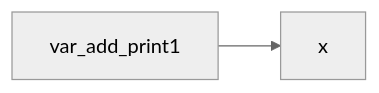
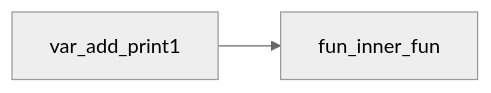
The fourth of 4 diagrams in ITINF24/lektion9/refs_scope.md (nackc8/py-live), drawn with Mermaid (neutral theme) before and after one commit.

Commit message:
autocommit complete 0953 (03)

````diff
--- a/ITINF24/lektion9/refs_scope.md
+++ b/ITINF24/lektion9/refs_scope.md
@@ -52,4 +52,4 @@
 ```mermaid
 flowchart LR
-var_add_print1 --> x
+var_add_print1 --> fun_inner_fun
 ```
````
